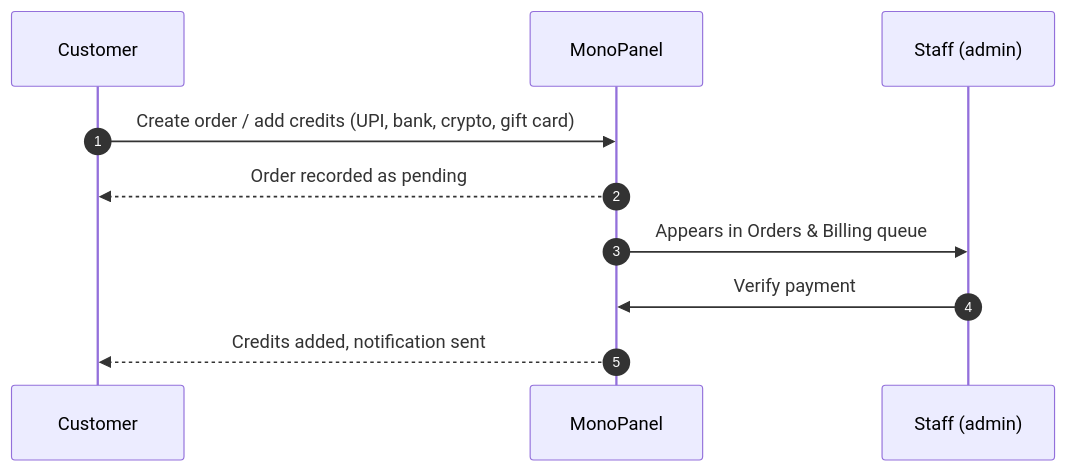
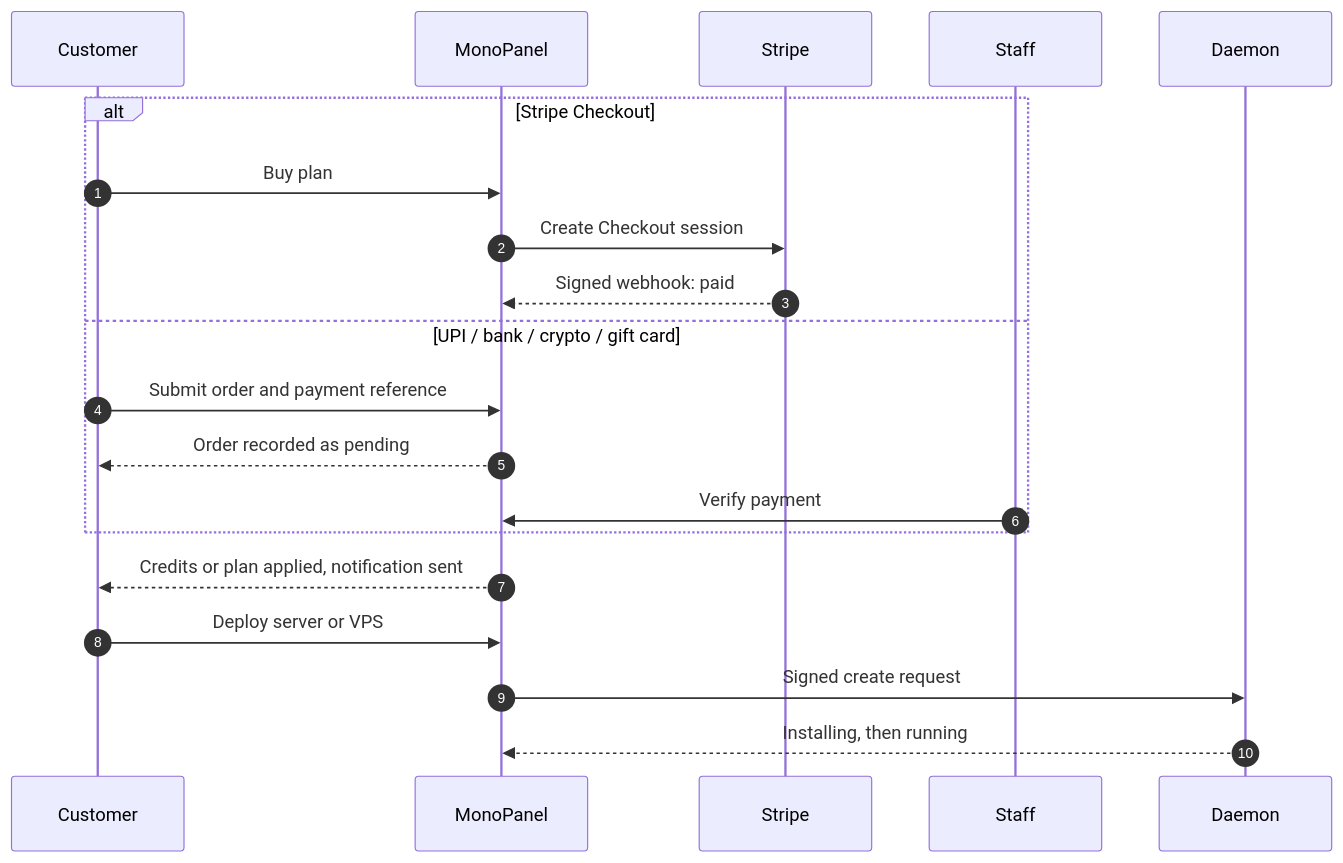
One commit to MonoPanelOFFICIAL/MonoPanel-Panel changed the second of 3 diagrams in README.md. Above: the diagram before and after it, drawn with Mermaid. The commit also changed other lines of this file, not shown here.

````diff
--- a/README.md
+++ b/README.md
@@ -237,12 +389,23 @@
 ```mermaid
 sequenceDiagram
     autonumber
     participant C as Customer
-    participant W as MonoPanel
-    participant S as Staff (admin)
-    C->>W: Create order / add credits (UPI, bank, crypto, gift card)
-    W-->>C: Order recorded as pending
-    W->>S: Appears in Orders & Billing queue
-    S->>W: Verify payment
-    W-->>C: Credits added, notification sent
+    participant P as MonoPanel
+    participant S as Stripe
+    participant A as Staff
+    participant D as Daemon
+
+    alt Stripe Checkout
+        C->>P: Buy plan
+        P->>S: Create Checkout session
+        S-->>P: Signed webhook: paid
+    else UPI / bank / crypto / gift card
+        C->>P: Submit order and payment reference
+        P-->>C: Order recorded as pending
+        A->>P: Verify payment
+    end
+    P-->>C: Credits or plan applied, notification sent
+    C->>P: Deploy server or VPS
+    P->>D: Signed create request
+    D-->>P: Installing, then running
 ```
````
